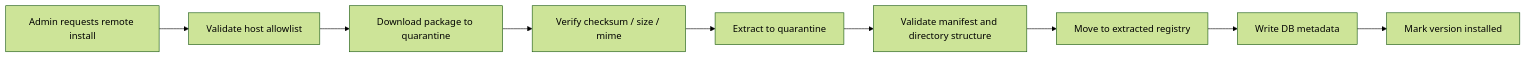
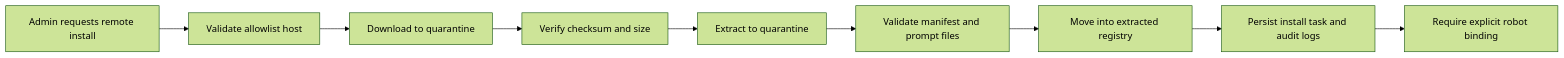
Before and after one commit to tiammomo/moyuan-rag: the diagram in docs/skills-remote-install-security.md, drawn with Mermaid (forest theme). The commit also changed other lines of this file and 21 other files, not shown here.

````diff
--- a/docs/skills-remote-install-security.md
+++ b/docs/skills-remote-install-security.md
@@ -32,11 +33,11 @@
 ```mermaid
 flowchart LR
-    A["Admin requests remote install"] --> B["Validate host allowlist"]
-    B --> C["Download package to quarantine"]
-    C --> D["Verify checksum / size / mime"]
+    A["Admin requests remote install"] --> B["Validate allowlist host"]
+    B --> C["Download to quarantine"]
+    C --> D["Verify checksum and size"]
     D --> E["Extract to quarantine"]
-    E --> F["Validate manifest and directory structure"]
-    F --> G["Move to extracted registry"]
-    G --> H["Write DB metadata"]
-    H --> I["Mark version installed"]
+    E --> F["Validate manifest and prompt files"]
+    F --> G["Move into extracted registry"]
+    G --> H["Persist install task and audit logs"]
+    H --> I["Require explicit robot binding"]
 ```
````
